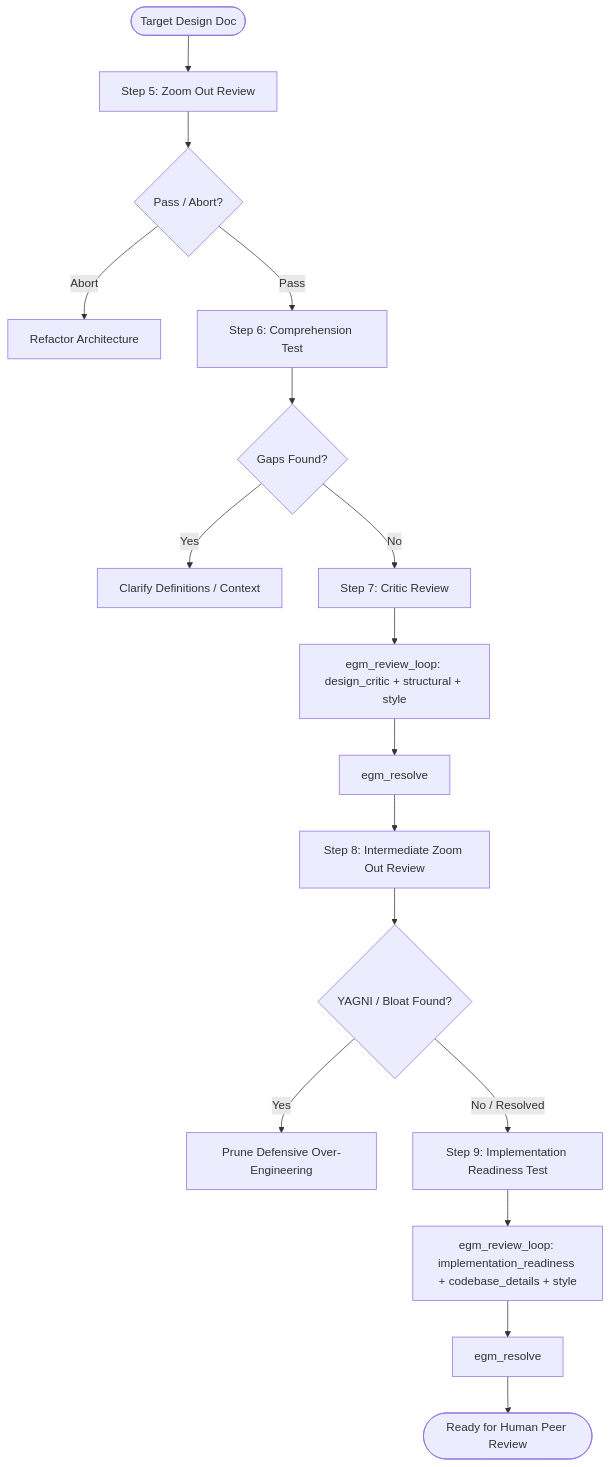
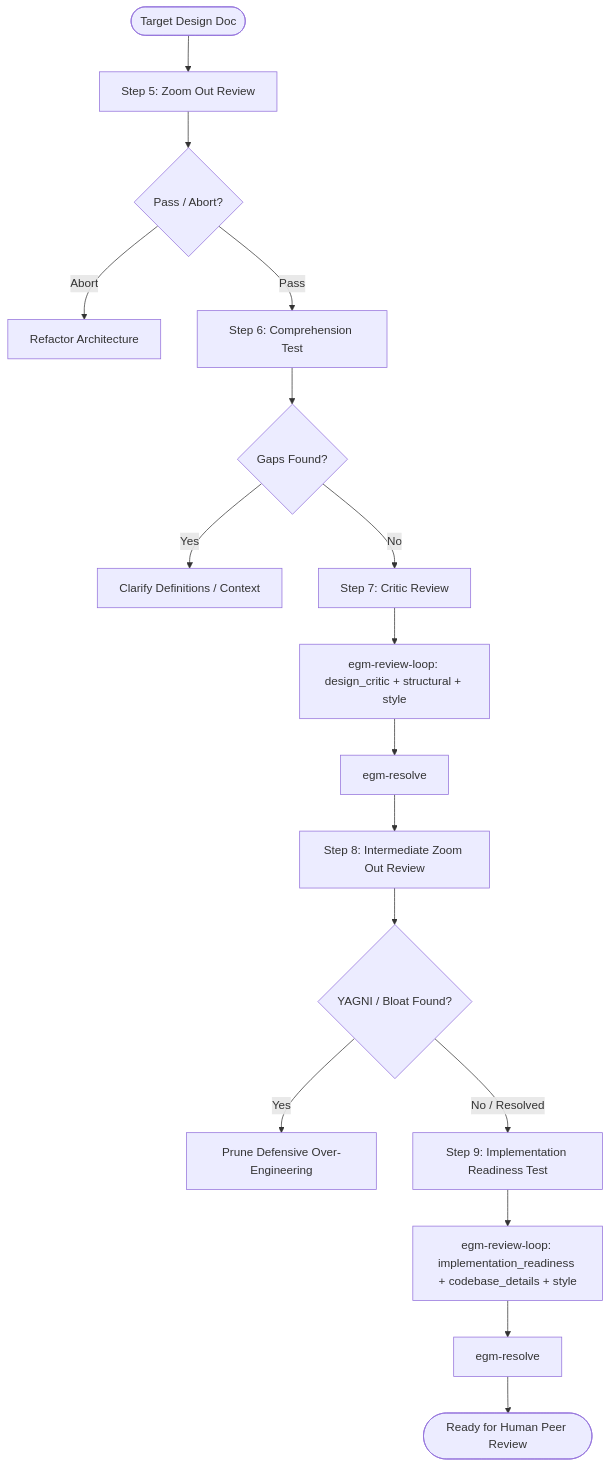
Before and after one commit to Aaravkhanal/elephant-goldfish-model: the diagram in docs/designs/review.md, drawn with Mermaid. The commit also changed other lines of this file and 80 other files, not shown here.

First line of the commit message:
fix: hyphenate skill directories and drop $schema for omp compatibility

````diff
--- a/docs/designs/review.md
+++ b/docs/designs/review.md
@@ -44,19 +44,19 @@
 ```mermaid
 flowchart TD
     Start([Target Design Doc]) --> Step5[Step 5: Zoom Out Review]
     Step5 --> Gate5{Pass / Abort?}
     Gate5 -- Abort --> FixArch[Refactor Architecture]
     Gate5 -- Pass --> Step6[Step 6: Comprehension Test]
     Step6 --> Gate6{Gaps Found?}
     Gate6 -- Yes --> UpdateContext[Clarify Definitions / Context]
     Gate6 -- No --> Step7[Step 7: Critic Review]
-    Step7 --> Loop7[egm_review_loop: design_critic + structural + style]
-    Loop7 --> Resolve7[egm_resolve]
+    Step7 --> Loop7[egm-review-loop: design_critic + structural + style]
+    Loop7 --> Resolve7[egm-resolve]
     Resolve7 --> Step8[Step 8: Intermediate Zoom Out Review]
     Step8 --> Gate8{YAGNI / Bloat Found?}
     Gate8 -- Yes --> PruneBloat[Prune Defensive Over-Engineering]
     Gate8 -- No / Resolved --> Step9[Step 9: Implementation Readiness Test]
-    Step9 --> Loop9[egm_review_loop: implementation_readiness + codebase_details + style]
-    Loop9 --> Resolve9[egm_resolve]
+    Step9 --> Loop9[egm-review-loop: implementation_readiness + codebase_details + style]
+    Loop9 --> Resolve9[egm-resolve]
     Resolve9 --> Done([Ready for Human Peer Review])
 ```
````
